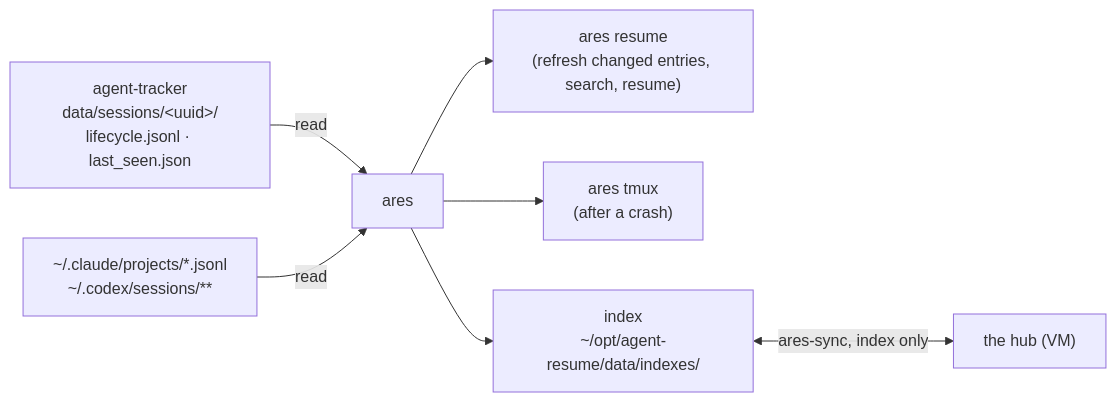
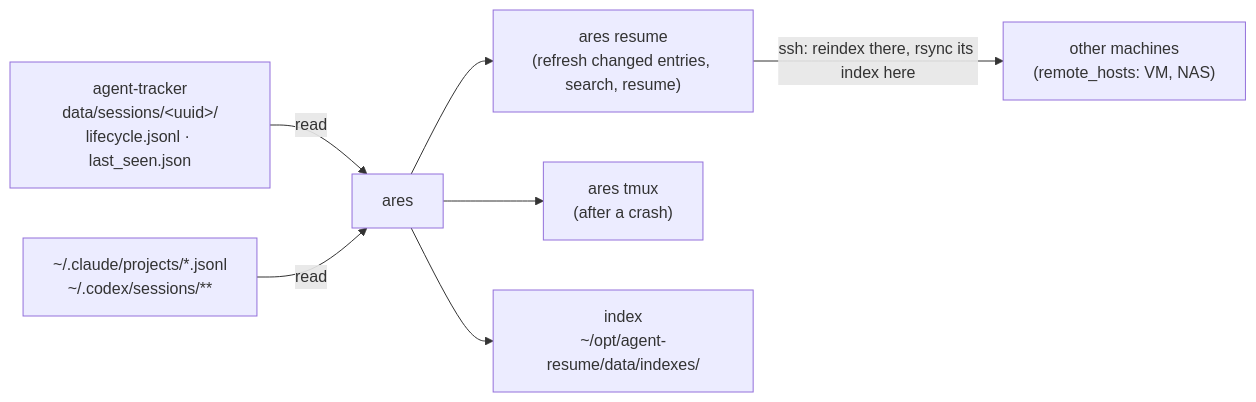
Before and after one commit to JeanLescutMuller/agent-resume: the diagram in README.md, drawn with Mermaid. The commit also changed other lines of this file and 19 other files, not shown here.

````diff
--- a/README.md
+++ b/README.md
@@ -5,9 +5,9 @@
 ```mermaid
 flowchart LR
   T["agent-tracker<br/>data/sessions/&lt;uuid&gt;/<br/>lifecycle.jsonl · last_seen.json"] -->|read| R
   J["~/.claude/projects/*.jsonl<br/>~/.codex/sessions/**"] -->|read| R
   R["ares"] --> RS["ares resume<br/>(refresh changed entries, search, resume)"]
   R --> RT["ares tmux<br/>(after a crash)"]
   R --> X["index<br/>~/opt/agent-resume/data/indexes/"]
-  X <-->|ares-sync, index only| V["the hub (VM)"]
+  RS -->|ssh: reindex there, rsync its index here| V["other machines<br/>(remote_hosts: VM, NAS)"]
 ```
````
